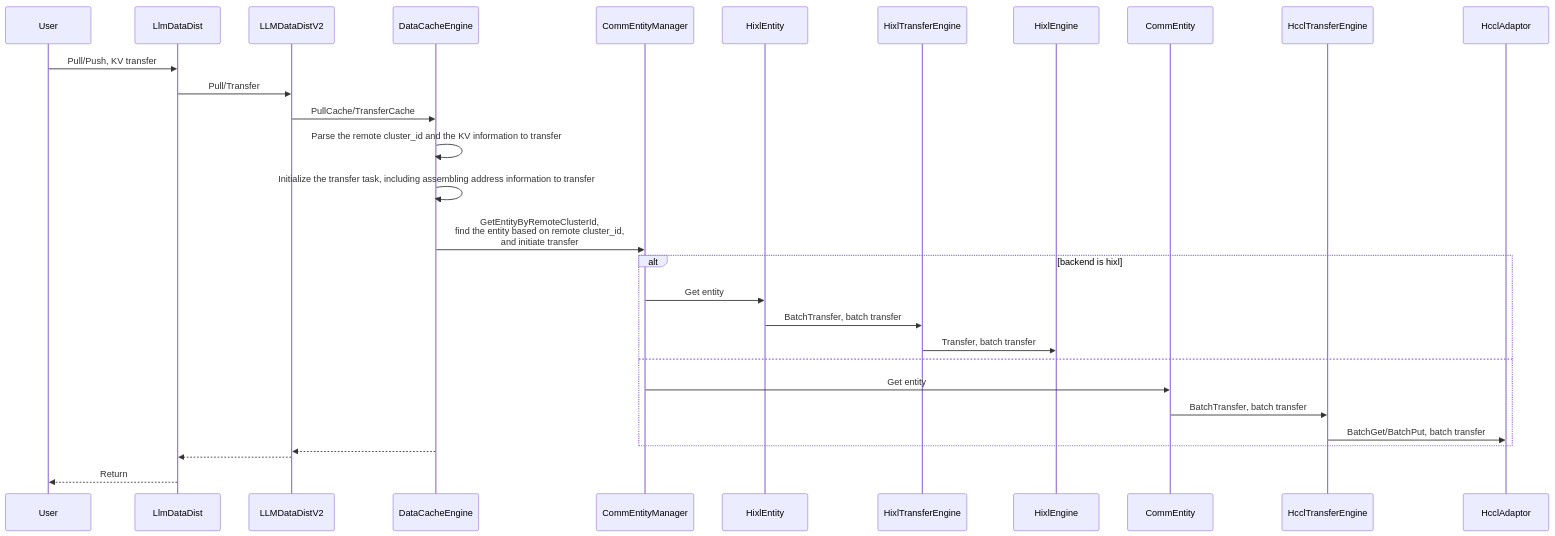
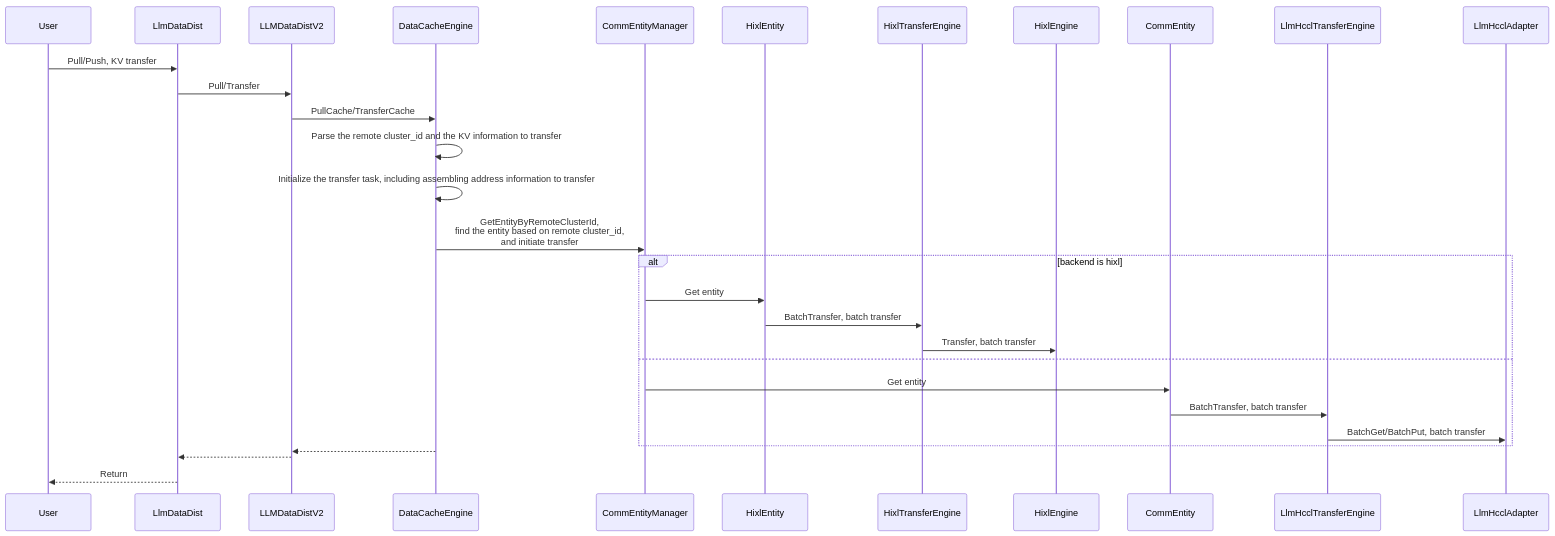
The sixth of 6 diagrams in docs/en/design/llm-datadist_supporting_the_hixl_transfer_backend.md (hicann/hixl), drawn with Mermaid before and after one commit. The commit also changed other lines of this file and 53 other files, not shown here.

````diff
--- a/docs/en/design/llm-datadist_supporting_the_hixl_transfer_backend.md
+++ b/docs/en/design/llm-datadist_supporting_the_hixl_transfer_backend.md
@@ -286,21 +286,21 @@
 ```mermaid
 sequenceDiagram
   User ->> LlmDataDist: Pull/Push, KV transfer
   LlmDataDist ->> LLMDataDistV2: Pull/Transfer
   LLMDataDistV2 ->> DataCacheEngine: PullCache/TransferCache
   DataCacheEngine ->> DataCacheEngine: Parse the remote cluster_id and the KV information to transfer
   DataCacheEngine ->> DataCacheEngine: Initialize the transfer task, including assembling address information to transfer
   DataCacheEngine ->> CommEntityManager: GetEntityByRemoteClusterId,<br>find the entity based on remote cluster_id,<br>and initiate transfer
   alt backend is hixl
     CommEntityManager ->> HixlEntity: Get entity
     HixlEntity ->> HixlTransferEngine: BatchTransfer, batch transfer
     HixlTransferEngine ->> HixlEngine: Transfer, batch transfer
   else
     CommEntityManager ->> CommEntity: Get entity
-    CommEntity ->> HcclTransferEngine: BatchTransfer, batch transfer
-    HcclTransferEngine ->> HcclAdaptor: BatchGet/BatchPut, batch transfer
+    CommEntity ->> LlmHcclTransferEngine: BatchTransfer, batch transfer
+    LlmHcclTransferEngine ->> LlmHcclAdapter: BatchGet/BatchPut, batch transfer
   end
-  DataCacheEngine -->> LLMDataDistV2: 
-  LLMDataDistV2 -->> LlmDataDist: 
+  DataCacheEngine -->> LLMDataDistV2:
+  LLMDataDistV2 -->> LlmDataDist:
   LlmDataDist -->> User: Return
 ```
````
